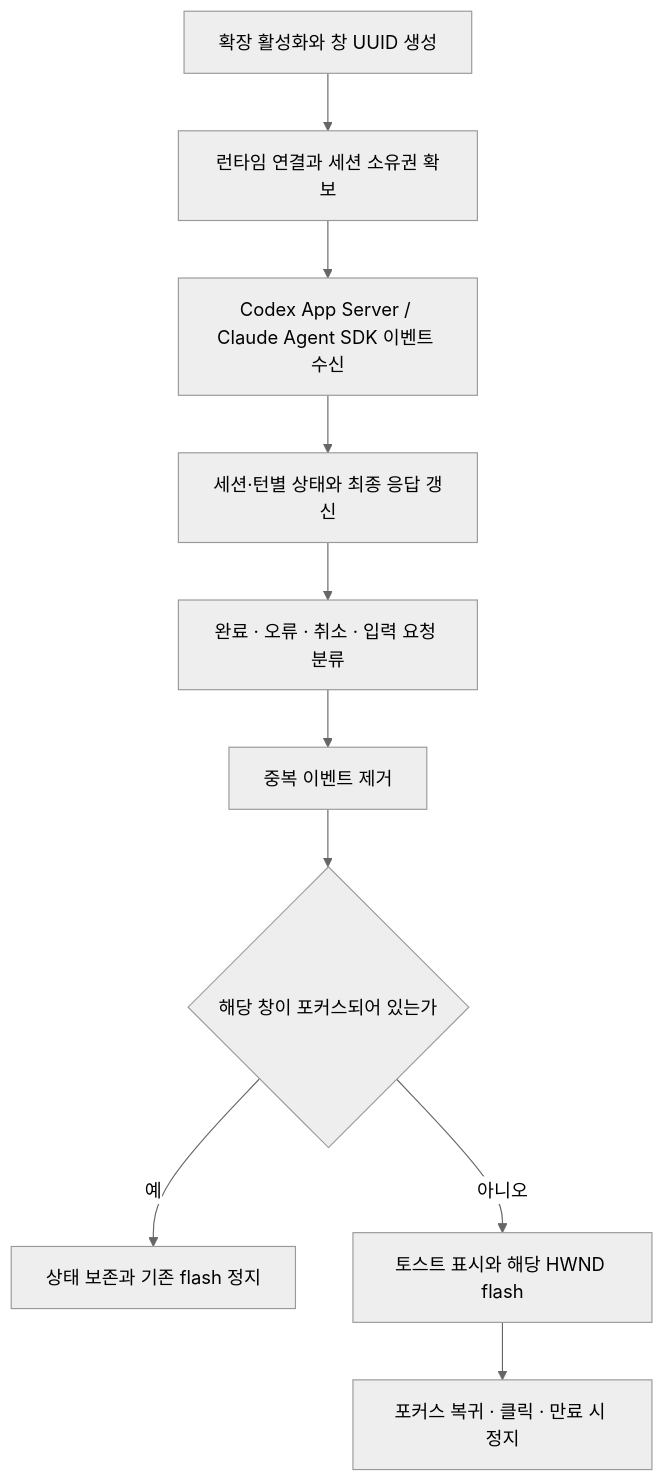
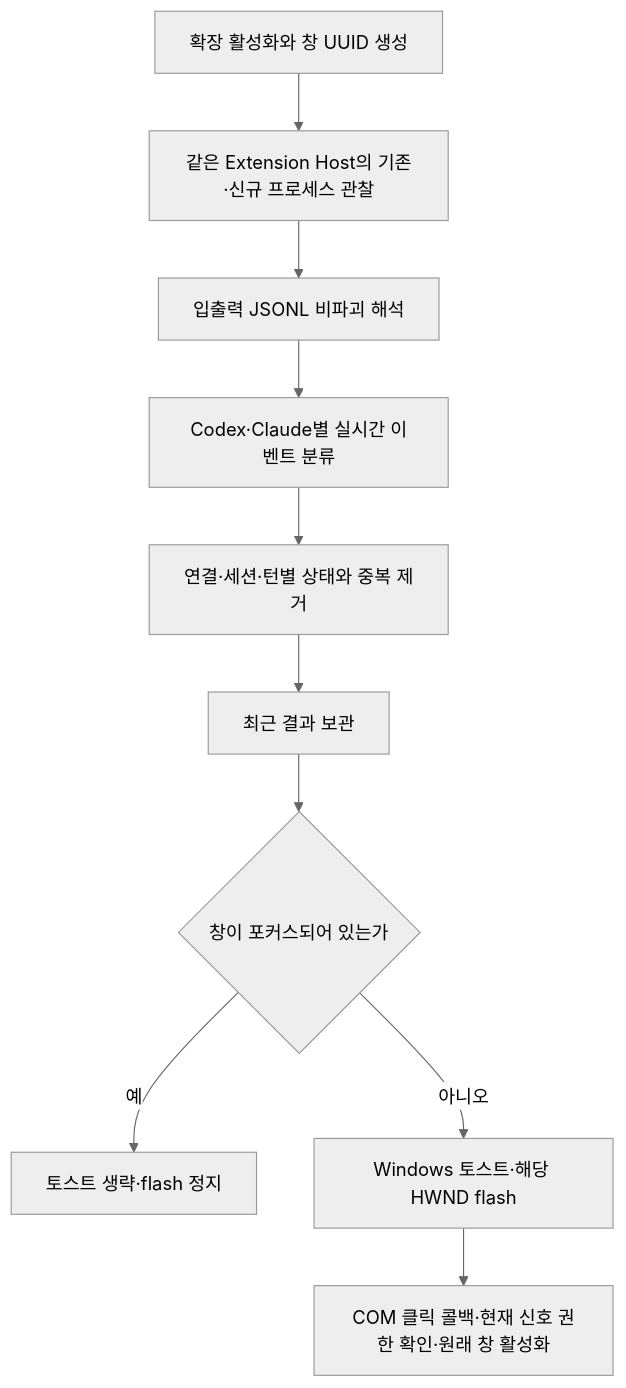
Before and after one commit to lsc892/Job-Finish: the diagram in docs/requirements-and-verification.md, drawn with Mermaid (neutral theme). The commit also changed other lines of this file and 240 other files, not shown here.

````diff
--- a/docs/requirements-and-verification.md
+++ b/docs/requirements-and-verification.md
@@ -15,12 +13,12 @@
 ```mermaid
 flowchart TD
-    A[확장 활성화와 창 UUID 생성] --> B[런타임 연결과 세션 소유권 확보]
-    B --> C[Codex App Server / Claude Agent SDK 이벤트 수신]
-    C --> D[세션·턴별 상태와 최종 응답 갱신]
-    D --> E[완료 · 오류 · 취소 · 입력 요청 분류]
-    E --> F[중복 이벤트 제거]
-    F --> G{해당 창이 포커스되어 있는가}
-    G -->|예| H[상태 보존과 기존 flash 정지]
-    G -->|아니오| I[토스트 표시와 해당 HWND flash]
-    I --> J[포커스 복귀 · 클릭 · 만료 시 정지]
+    A[확장 활성화와 창 UUID 생성] --> B[같은 Extension Host의 기존·신규 프로세스 관찰]
+    B --> C[입출력 JSONL 비파괴 해석]
+    C --> D[Codex·Claude별 실시간 이벤트 분류]
+    D --> E[연결·세션·턴별 상태와 중복 제거]
+    E --> F[최근 결과 보관]
+    F --> G{창이 포커스되어 있는가}
+    G -->|예| H[토스트 생략·flash 정지]
+    G -->|아니오| I[Windows 토스트·해당 HWND flash]
+    I --> J[COM 클릭 콜백·현재 신호 권한 확인·원래 창 활성화]
 ```
````
